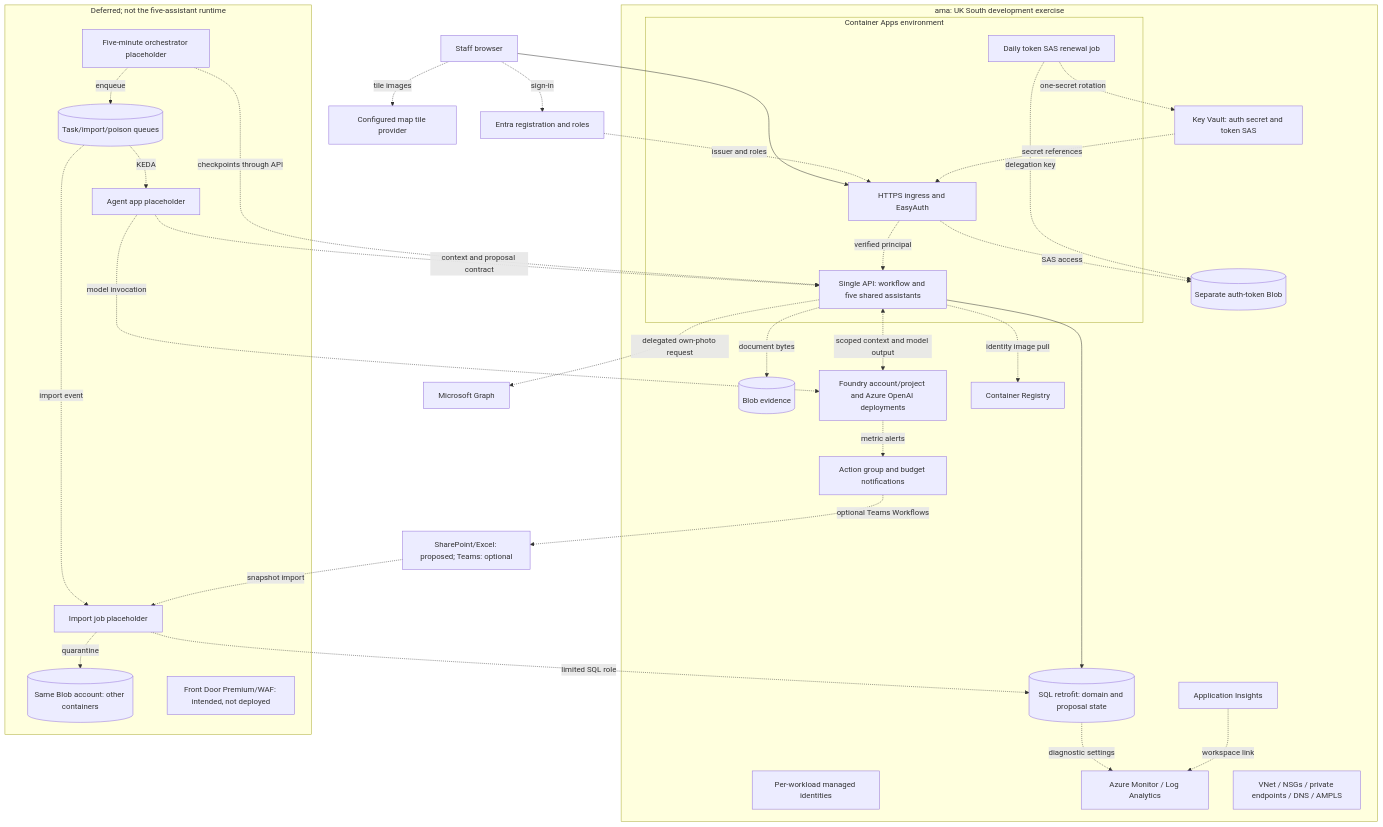
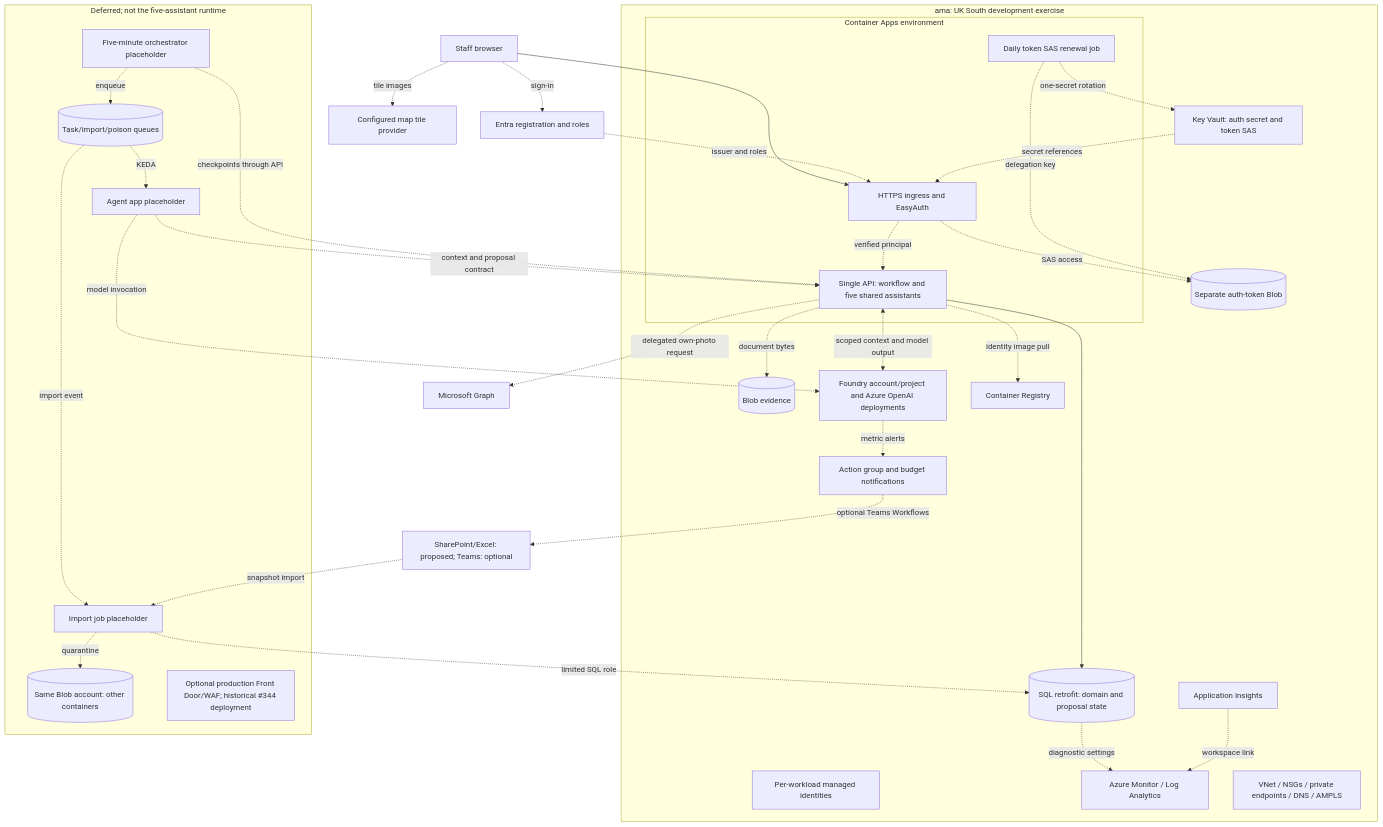
Before and after one commit to jmservera/ama: the second of 2 diagrams in docs/architecture/README.md, drawn with Mermaid. The commit also changed other lines of this file and 24 other files, not shown here.

````diff
--- a/docs/architecture/README.md
+++ b/docs/architecture/README.md
@@ -137,41 +137,41 @@
 ```mermaid
 flowchart TB
     browser["Staff browser"] -. sign-in .-> entra["Entra registration and roles"]
     browser --> auth["HTTPS ingress and EasyAuth"]
     entra -. issuer and roles .-> auth
     browser -. tile images .-> tiles["Configured map tile provider"]
     subgraph rg["ama: UK South development exercise"]
         identities["Per-workload managed identities"]
         vault["Key Vault: auth secret and token SAS"]
         subgraph aca["Container Apps environment"]
             auth -. verified principal .-> api["Single API: workflow and five shared assistants"]
             renewal["Daily token SAS renewal job"]
         end
         api --> sql[("SQL retrofit: domain and proposal state")]
         api -. document bytes .-> blob[("Blob evidence")]
         api <-. scoped context and model output .-> model["Foundry account/project and Azure OpenAI deployments"]
         vault -. secret references .-> auth
         auth -. SAS access .-> tokens[("Separate auth-token Blob")]
         renewal -. delegation key .-> tokens
         renewal -. one-secret rotation .-> vault
         api -. identity image pull .-> acr["Container Registry"]
         sql -. diagnostic settings .-> logs["Azure Monitor / Log Analytics"]
         insights["Application Insights"] -. workspace link .-> logs
         model -. metric alerts .-> ops["Action group and budget notifications"]
         network["VNet / NSGs / private endpoints / DNS / AMPLS"]
     end
     api -. delegated own-photo request .-> msgraph["Microsoft Graph"]
     subgraph deferred["Deferred; not the five-assistant runtime"]
         orchestrator["Five-minute orchestrator placeholder"] -. enqueue .-> queues[("Task/import/poison queues")]
         queues -. KEDA .-> agents["Agent app placeholder"]
         queues -. import event .-> importer["Import job placeholder"]
         agents -. context and proposal contract .-> api
         agents -. model invocation .-> model
         orchestrator -. checkpoints through API .-> api
         importer -. limited SQL role .-> sql
         importer -. quarantine .-> otherblob[("Same Blob account: other containers")]
-        edge["Front Door Premium/WAF: intended, not deployed"]
+        edge["Optional production Front Door/WAF; historical #344 deployment"]
     end
     m365["SharePoint/Excel: proposed; Teams: optional"] -. snapshot import .-> importer
     ops -. optional Teams Workflows .-> m365
 ```
````
